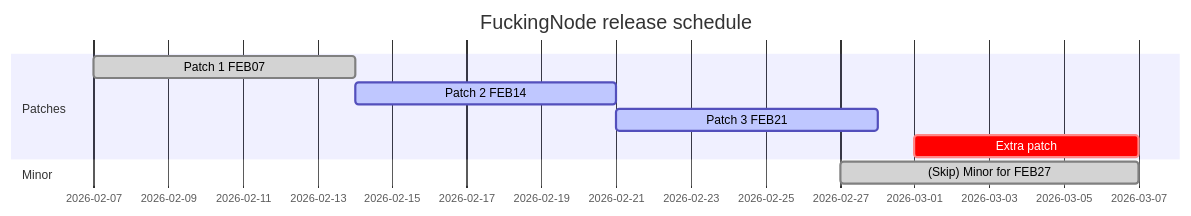
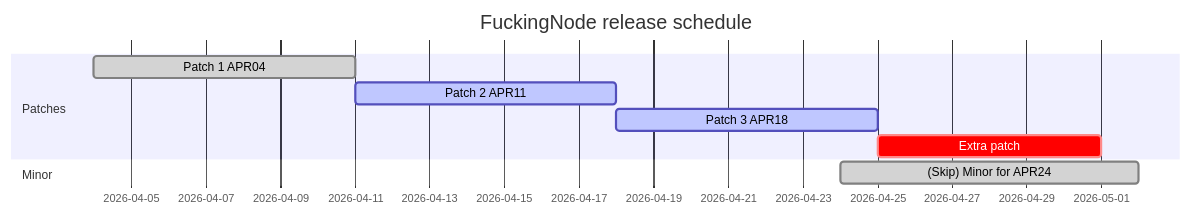
The diagram in RELEASE_SCHEDULE.md (FuckingNode/FuckingNode), drawn with Mermaid before and after one commit. The commit also changed 2 other files, not shown here.

Commit message:
Release 5.3.0

````diff
--- a/RELEASE_SCHEDULE.md
+++ b/RELEASE_SCHEDULE.md
@@ -34,12 +34,12 @@
 ```mermaid
 gantt
     title FuckingNode release schedule
     dateFormat  DD-MM-YYYY
     section Patches
-    Patch 1 FEB07 :done, 07-02-2026, 7d
-    Patch 2 FEB14 :active, 14-02-2026, 7d
-    Patch 3 FEB21 :active, 21-02-2026, 7d
-    Extra patch :crit, 01-03-2026, 6d
+    Patch 1 APR04 :done, 04-04-2026, 7d
+    Patch 2 APR11 :active, 11-04-2026, 7d
+    Patch 3 APR18 :active, 18-04-2026, 7d
+    Extra patch :crit, 25-04-2026, 6d
     section Minor
-    (Skip) Minor for FEB27 :done, 27-02-2026, 8d
+    (Skip) Minor for APR24 :done, 24-04-2026, 8d
 ```
````
